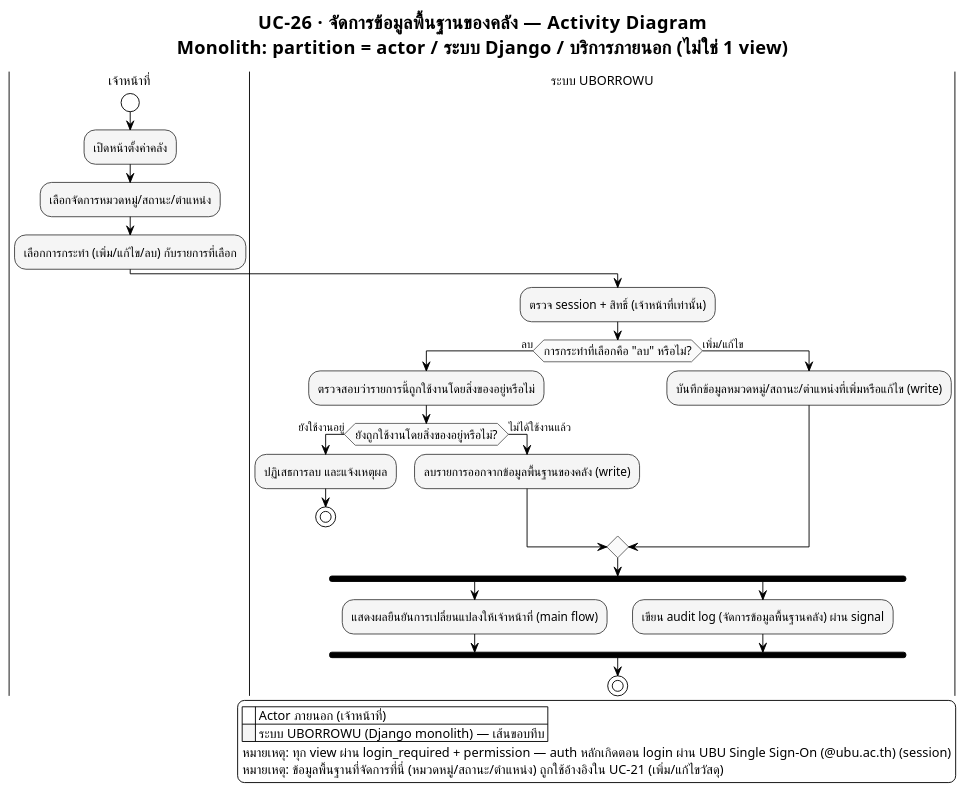
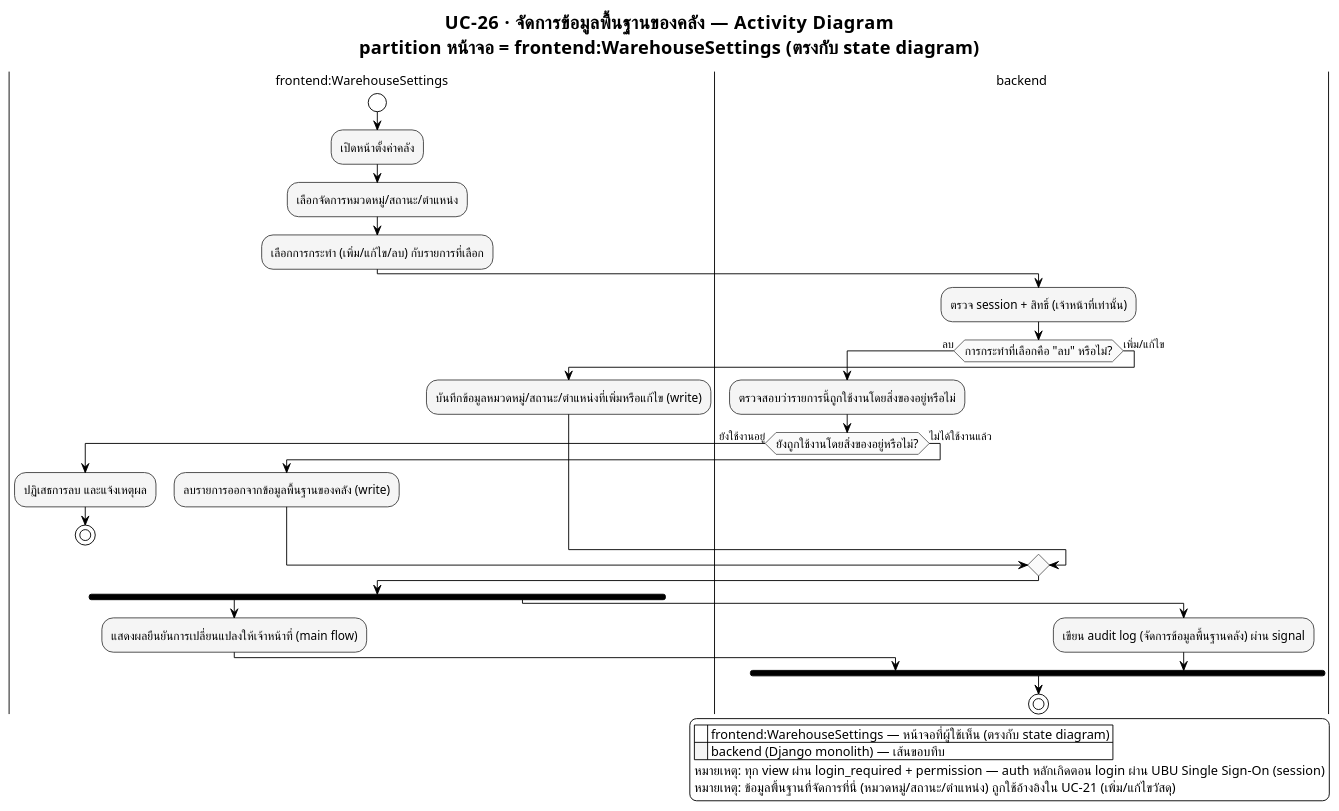
The diagram in proposal/usecase/activity_module7_uc26.puml (patlnwza-007/project-2569), drawn with PlantUML before and after one commit. The commit also changed 46 other files, not shown here.

First line of the commit message:
Rework UI state/activity diagrams onto frontend:PageCode/backend convention

```diff
--- a/proposal/usecase/activity_module7_uc26.puml
+++ b/proposal/usecase/activity_module7_uc26.puml
@@ -1,76 +1,78 @@
 @startuml activity_module7_uc26
 ' ══════════════════════════════════════════════════════════════════
 ' รองรับภาษาไทย — อ่านก่อน render:
 ' 1. บันทึกไฟล์นี้เป็น UTF-8 (ไม่ต้องมี BOM) เสมอ
 ' 2. ถ้า render ผ่าน CLI (plantuml.jar) ต้องระบุ flag encoding ด้วย:
 '      java -Dfile.encoding=UTF-8 -jar plantuml.jar -charset UTF-8 activity_staff_inventory_stock_settings_manage.puml
 ' 3. บังคับใช้ Smetana (pure-Java layout engine) แทน Graphviz/dot
 '    เพราะ Graphviz บางระบบ (โดยเฉพาะ Windows) อ่าน UTF-8 ไม่ตรง ทำให้ตัวอักษรไทยเพี้ยน/หาย
 !pragma layout smetana
 ' 4. ฟอนต์ที่มีสระ/วรรณยุกต์ไทยครบและ render ผ่าน Java ได้เสถียร
 '    - Windows: "TH Sarabun New" (ฟอนต์มาตรฐานราชการ) หรือ "Tahoma" (มากับเครื่องอยู่แล้ว)
 '    - Linux / PlantUML online server: เปลี่ยนเป็น "Noto Sans Thai" หรือ "Loma"
 skinparam defaultFontName "TH Sarabun New"
 skinparam defaultFontSize 14
 ' ══════════════════════════════════════════════════════════════════
 
 !theme plain
 skinparam titleFontName "TH Sarabun New"
 skinparam titleFontSize 20
 skinparam noteFontName "TH Sarabun New"
 skinparam ArrowFontName "TH Sarabun New"
 skinparam ArrowFontSize 12
 skinparam swimlaneTitleFontName "TH Sarabun New"
 skinparam swimlaneTitleFontSize 14
 
 ' ===== Monochrome เท่านั้น — ห้ามให้แต่ละ partition มีสีต่างกัน =====
 skinparam activity {
   BackgroundColor #F5F5F5
   BorderColor #424242
   FontName "TH Sarabun New"
   FontSize 13
   DiamondBackgroundColor #FAFAFA
   DiamondBorderColor #616161
 }
 
-title UC-26 · จัดการข้อมูลพื้นฐานของคลัง — Activity Diagram\nMonolith: partition = actor / ระบบ Django / บริการภายนอก (ไม่ใช่ 1 view)
+title UC-26 · จัดการข้อมูลพื้นฐานของคลัง — Activity Diagram\npartition หน้าจอ = frontend:WarehouseSettings (ตรงกับ state diagram)
 
-' ===== Actor ภายนอก (human) ที่ริเริ่มกระบวนการ =====
-' หมายเหตุ: สมมติว่าเจ้าหน้าที่ login แล้ว (session) — ไม่ต้องวาด OAuth ซ้ำใน flow ทั่วไป
-|เจ้าหน้าที่|
+' หมายเหตุ: สมมติว่าเจ้าหน้าที่ login แล้ว (session) — ไม่ต้องวาด OAuth/SSO ซ้ำใน flow ทั่วไป
+|frontend:WarehouseSettings|
 start
 :เปิดหน้าตั้งค่าคลัง;
 :เลือกจัดการหมวดหมู่/สถานะ/ตำแหน่ง;
 :เลือกการกระทำ (เพิ่ม/แก้ไข/ลบ) กับรายการที่เลือก;
 
-|ระบบ UBORROWU|
+|backend|
 :ตรวจ session + สิทธิ์ (เจ้าหน้าที่เท่านั้น);
 
 if (การกระทำที่เลือกคือ "ลบ" หรือไม่?) then (ลบ)
   :ตรวจสอบว่ารายการนี้ถูกใช้งานโดยสิ่งของอยู่หรือไม่;
   if (ยังถูกใช้งานโดยสิ่งของอยู่หรือไม่?) then (ยังใช้งานอยู่)
+    |frontend:WarehouseSettings|
     :ปฏิเสธการลบ และแจ้งเหตุผล;
     stop
   else (ไม่ได้ใช้งานแล้ว)
     :ลบรายการออกจากข้อมูลพื้นฐานของคลัง (write);
   endif
 else (เพิ่ม/แก้ไข)
   :บันทึกข้อมูลหมวดหมู่/สถานะ/ตำแหน่งที่เพิ่มหรือแก้ไข (write);
 endif
 
 fork
+  |frontend:WarehouseSettings|
   :แสดงผลยืนยันการเปลี่ยนแปลงให้เจ้าหน้าที่ (main flow);
 fork again
+  |backend|
   :เขียน audit log (จัดการข้อมูลพื้นฐานคลัง) ผ่าน signal;
 end fork
 
 stop
 
 legend right
-  |<back:white>    </back>| Actor ภายนอก (เจ้าหน้าที่) |
-  |<back:#F5F5F5>    </back>| ระบบ UBORROWU (Django monolith) — เส้นขอบทึบ |
-  หมายเหตุ: ทุก view ผ่าน login_required + permission — auth หลักเกิดตอน login ผ่าน UBU Single Sign-On (@ubu.ac.th) (session)
+  |<back:white>    </back>| frontend:WarehouseSettings — หน้าจอที่ผู้ใช้เห็น (ตรงกับ state diagram) |
+  |<back:#F5F5F5>    </back>| backend (Django monolith) — เส้นขอบทึบ |
+  หมายเหตุ: ทุก view ผ่าน login_required + permission — auth หลักเกิดตอน login ผ่าน UBU Single Sign-On (session)
   หมายเหตุ: ข้อมูลพื้นฐานที่จัดการที่นี่ (หมวดหมู่/สถานะ/ตำแหน่ง) ถูกใช้อ้างอิงใน UC-21 (เพิ่ม/แก้ไขวัสดุ)
 endlegend
 
 @enduml
```
